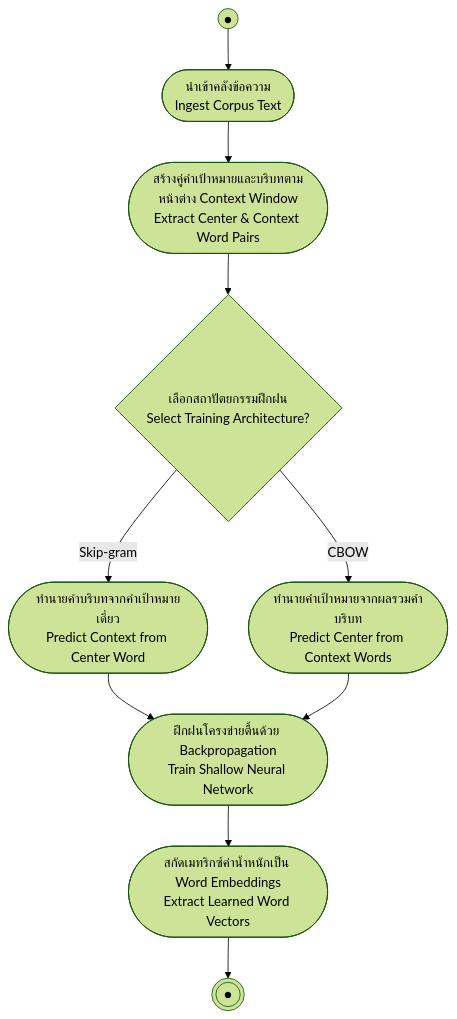
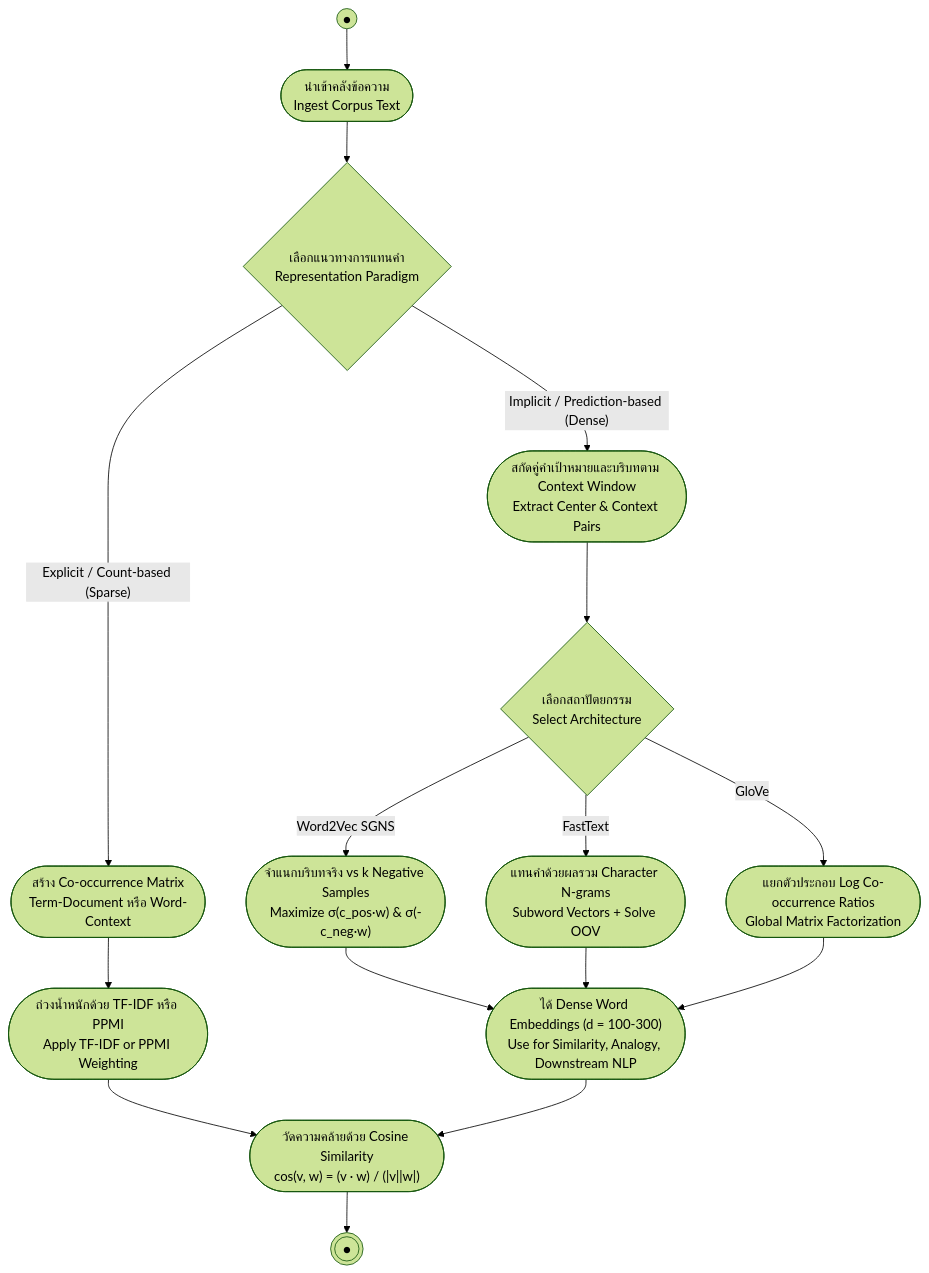
The diagram in 01_Lectures/Week4/Word-Embeddings.md (PhuriphatTyPeZ3r0/Course-1323404-Natural-Language-Processing-2026), drawn with Mermaid (forest theme) before and after one commit. The commit also changed other lines of this file and 17 other files, not shown here.

````diff
--- a/01_Lectures/Week4/Word-Embeddings.md
+++ b/01_Lectures/Week4/Word-Embeddings.md
@@ -75,12 +342,18 @@
 ```mermaid
 flowchart TD
-    Start((●)) --> Corpus([นำเข้าคลังข้อความ<br>Ingest Corpus Text])
-    Corpus --> Pairs([สร้างคู่คำเป้าหมายและบริบทตามหน้าต่าง Context Window<br>Extract Center & Context Word Pairs])
-    Pairs --> Choose{เลือกสถาปัตยกรรมฝึกฝน<br>Select Training Architecture?}
-    Choose -->|Skip-gram| SG([ทำนายคำบริบทจากคำเป้าหมายเดี่ยว<br>Predict Context from Center Word])
-    Choose -->|CBOW| CB([ทำนายคำเป้าหมายจากผลรวมคำบริบท<br>Predict Center from Context Words])
-    SG --> Train([ฝึกฝนโครงข่ายตื้นด้วย Backpropagation<br>Train Shallow Neural Network])
-    CB --> Train
-    Train --> Done([สกัดเมทริกซ์ค่าน้ำหนักเป็น Word Embeddings<br>Extract Learned Word Vectors])
-    Done --> EndNode(((●)))
+    Start((●)) --> Corpus(["นำเข้าคลังข้อความ<br>Ingest Corpus Text"])
+    Corpus --> Branch{"เลือกแนวทางการแทนคำ<br>Representation Paradigm"}
+    Branch -->|"Explicit / Count-based (Sparse)"| Matrix(["สร้าง Co-occurrence Matrix<br>Term-Document หรือ Word-Context"])
+    Matrix --> Weight(["ถ่วงน้ำหนักด้วย TF-IDF หรือ PPMI<br>Apply TF-IDF or PPMI Weighting"])
+    Branch -->|"Implicit / Prediction-based (Dense)"| Pairs(["สกัดคู่คำเป้าหมายและบริบทตาม Context Window<br>Extract Center & Context Pairs"])
+    Pairs --> Choose{"เลือกสถาปัตยกรรม<br>Select Architecture"}
+    Choose -->|Word2Vec SGNS| SG(["จำแนกบริบทจริง vs k Negative Samples<br>Maximize σ(c_pos·w) & σ(-c_neg·w)"])
+    Choose -->|FastText| FT(["แทนคำด้วยผลรวม Character N-grams<br>Subword Vectors + Solve OOV"])
+    Choose -->|GloVe| GV(["แยกตัวประกอบ Log Co-occurrence Ratios<br>Global Matrix Factorization"])
+    SG --> Done(["ได้ Dense Word Embeddings (d = 100-300)<br>Use for Similarity, Analogy, Downstream NLP"])
+    FT --> Done
+    GV --> Done
+    Weight --> Eval(["วัดความคล้ายด้วย Cosine Similarity<br>cos(v, w) = (v · w) / (|v||w|)"])
+    Done --> Eval
+    Eval --> EndNode(((●)))
 ```
````
